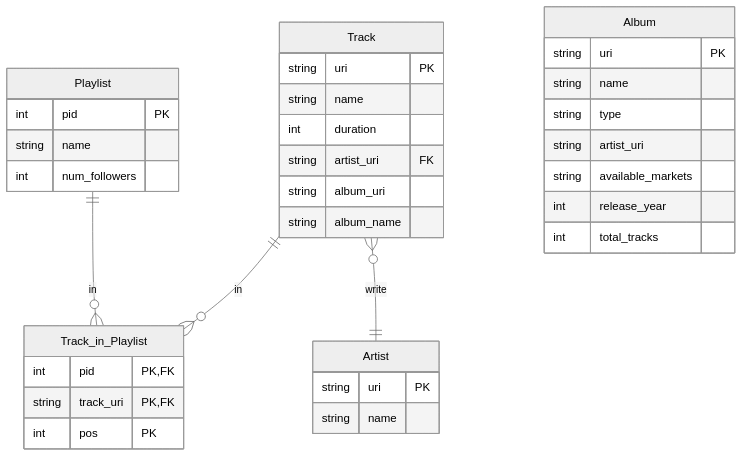
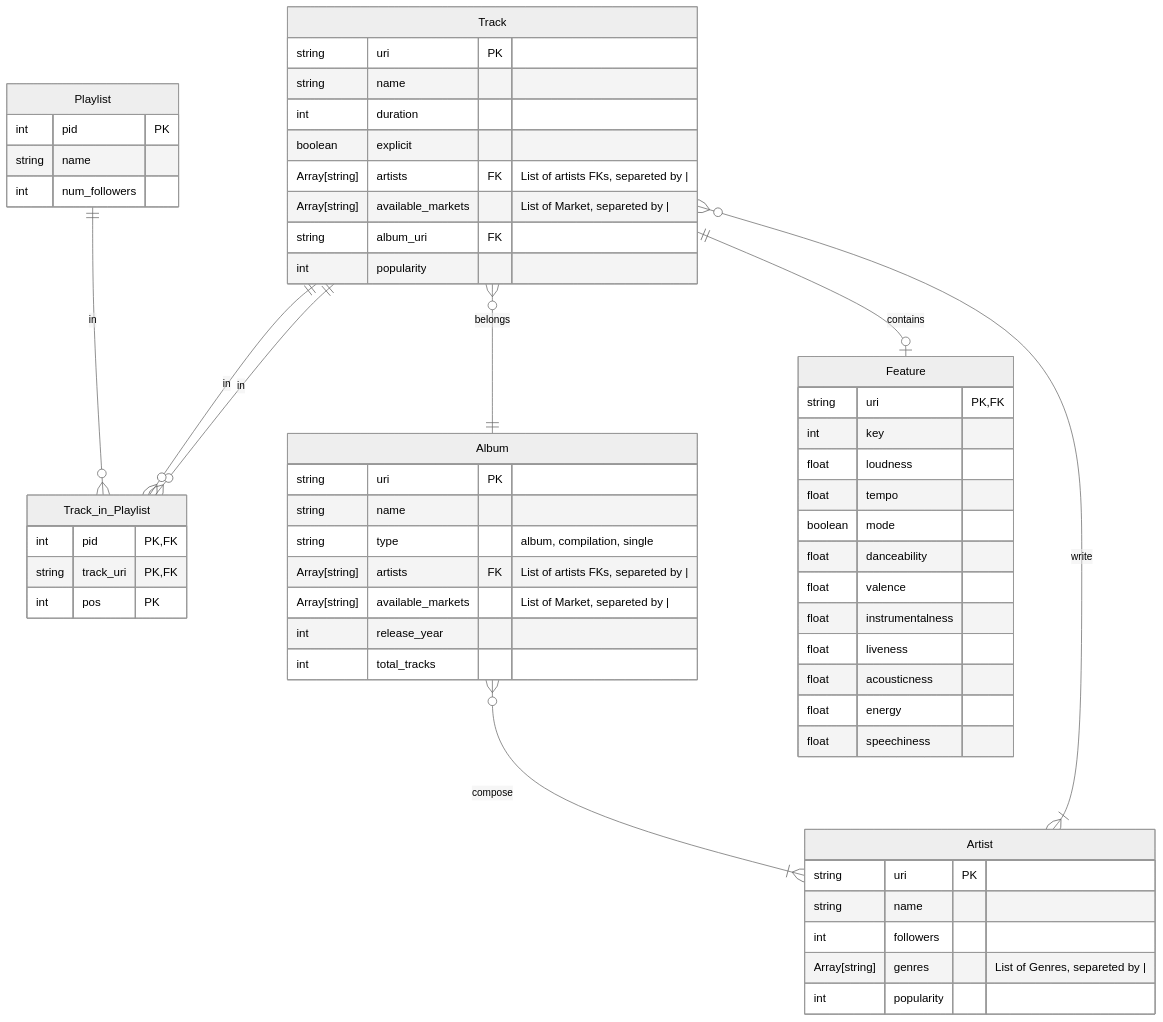
Before and after one commit to kelvin-olaiya/exam-big-data: the diagram in README.md, drawn with Mermaid (neutral theme). The commit also changed other lines of this file, not shown here.

Commit message:
docs: update er diagram

````diff
--- a/README.md
+++ b/README.md
@@ -17,39 +68,61 @@
 ```mermaid
 erDiagram
     Track {
         string uri PK
         string name
         int duration
-        string artist_uri FK
-        string album_uri
-        string album_name
+        boolean explicit
+        Array[string] artists FK "List of artists FKs, separeted by |"
+        Array[string] available_markets "List of Market, separeted by |"
+        string album_uri FK
+        int popularity
     }
     Playlist {
         int pid PK
         string name
         int num_followers
     }
     Track_in_Playlist {
         int pid PK, FK
         string track_uri PK, FK
         int pos PK
     }
     Artist {
         string uri PK
         string name
+        int followers
+        Array[string] genres "List of Genres, separeted by |"
+        int popularity
     }
-
     Album {
         string uri PK
         string name
-        string type
-        string artist_uri
-        string available_markets
+        string type "album, compilation, single"
+        Array[string] artists FK "List of artists FKs, separeted by |"
+        Array[string] available_markets "List of Market, separeted by |"
         int release_year
         int total_tracks 
     }
+    Feature {
+        string uri PK, FK
+        int key
+        float loudness
+        float tempo
+        boolean mode
+        float danceability
+        float valence
+        float instrumentalness
+        float liveness
+        float acousticness
+        float energy
+        float speechiness
+    }
 
     Track only one to zero or more Track_in_Playlist : in
+    Track zero or more to only one Album : belongs
+    Track zero or more to one or more Artist : write
+    Track only one to zero or one Feature: contains
+    Track only one to zero or more Track_in_Playlist : in
     Playlist only one to zero or more Track_in_Playlist : in
-    Track zero or more to only one Artist : write
+    Album zero or more to one or more Artist: compose
 ```
````
